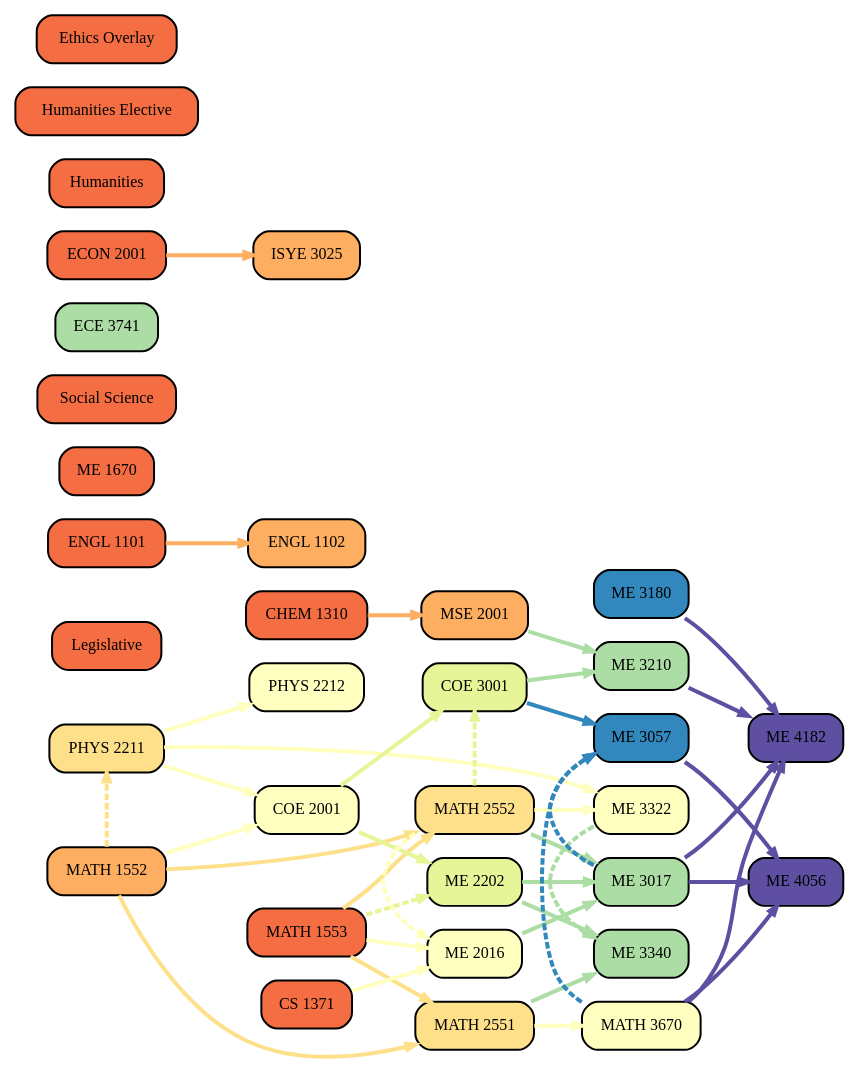
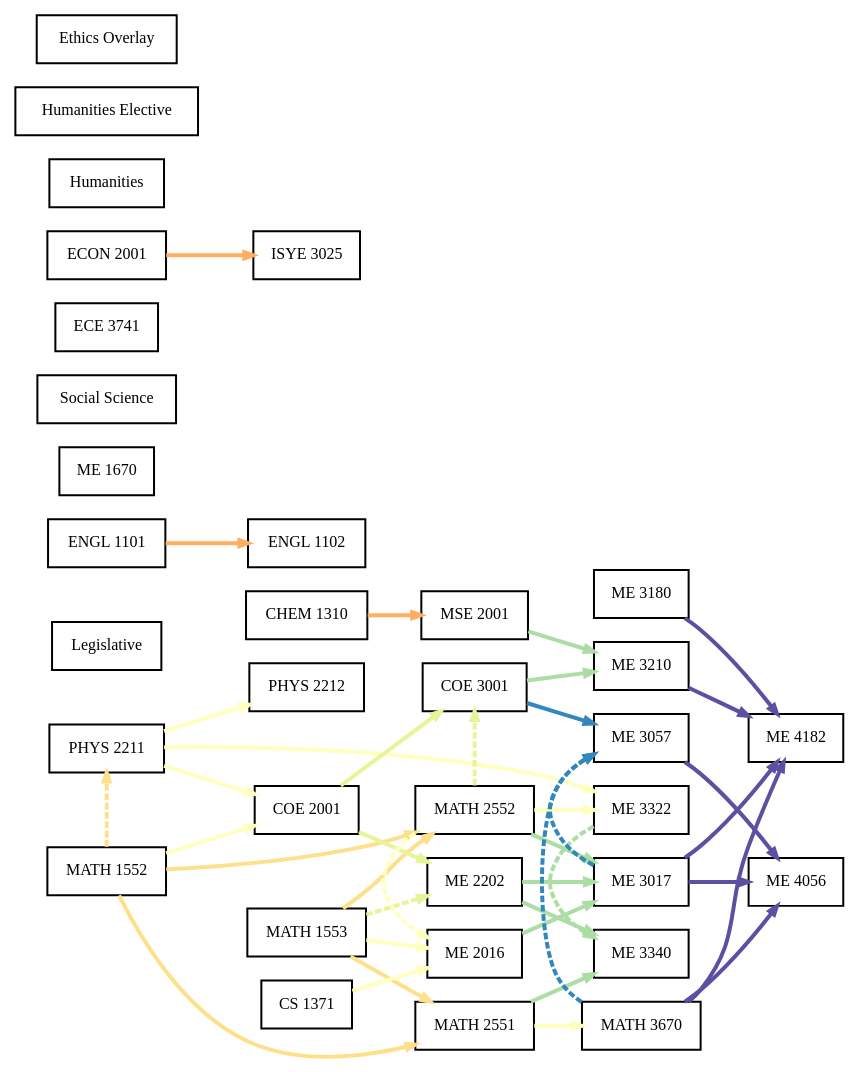
One commit to yunho-c/gt-curriculum-planner changed the diagram in gt-planner-prototype-minimal/backend/dots/g3.gv. Above: the diagram before and after it, drawn with Graphviz. The commit also changed 16 other files, not shown here.

Commit message:
GraphViz Interactivity

```diff
--- a/gt-planner-prototype-minimal/backend/dots/g3.gv
+++ b/gt-planner-prototype-minimal/backend/dots/g3.gv
@@ -1,77 +1,77 @@
 digraph Curriculum {
-	node [color=black colorscheme=spectral11 fontsize=12 penwidth=1.5 shape=box style="rounded, filled, radial"]
+	node [color=black colorscheme=spectral11 fontsize=12 penwidth=1.5 shape=box]
 	edge [arrowsize=0.65 colorscheme=spectral11 penwidth=3]
 	rankdir=LR
 	"CHEM 1310" [fillcolor=3]
 	"MATH 1553" [fillcolor=3]
 	Legislative [fillcolor=3]
 	"ENGL 1101" [fillcolor=3]
 	"PHYS 2211" [fillcolor=5]
 	"MATH 1552" -> "PHYS 2211" [color=5 constraint=false style=dashed]
 	"MATH 1552" [fillcolor=4]
 	"CS 1371" [fillcolor=3]
 	"ME 1670" [fillcolor=3]
 	"ENGL 1102" [fillcolor=4]
 	"ENGL 1101" -> "ENGL 1102" [color=4 style=solid]
 	"PHYS 2212" [fillcolor=6]
 	"PHYS 2211" -> "PHYS 2212" [color=6 style=solid]
 	"MATH 2551" [fillcolor=5]
 	"MATH 1552" -> "MATH 2551" [color=5 style=solid]
 	"MATH 1553" -> "MATH 2551" [color=5 style=solid]
 	"MSE 2001" [fillcolor=4]
 	"CHEM 1310" -> "MSE 2001" [color=4 style=solid]
 	"COE 2001" [fillcolor=6]
 	"MATH 1552" -> "COE 2001" [color=6 style=solid]
 	"PHYS 2211" -> "COE 2001" [color=6 style=solid]
 	"MATH 2552" [fillcolor=5]
 	"MATH 1552" -> "MATH 2552" [color=5 style=solid]
 	"MATH 1553" -> "MATH 2552" [color=5 style=solid]
 	"ME 2016" [fillcolor=6]
 	"MATH 1553" -> "ME 2016" [color=6 style=solid]
 	"MATH 2552" -> "ME 2016" [color=6 constraint=false style=dashed]
 	"CS 1371" -> "ME 2016" [color=6 style=solid]
 	"ME 2202" [fillcolor=7]
 	"COE 2001" -> "ME 2202" [color=7 style=solid]
 	"MATH 1553" -> "ME 2202" [color=7 constraint=false style=dashed]
 	"Social Science" [fillcolor=3]
 	"ECE 3741" [fillcolor=8]
 	"COE 3001" [fillcolor=7]
 	"COE 2001" -> "COE 3001" [color=7 style=solid]
 	"MATH 2552" -> "COE 3001" [color=7 constraint=false style=dashed]
 	"ME 3322" [fillcolor=6]
 	"PHYS 2211" -> "ME 3322" [color=6 style=solid]
 	"MATH 2552" -> "ME 3322" [color=6 style=solid]
 	"ME 3340" [fillcolor=8]
 	"ME 2202" -> "ME 3340" [color=8 style=solid]
 	"MATH 2551" -> "ME 3340" [color=8 style=solid]
 	"ME 3322" -> "ME 3340" [color=8 constraint=false style=dashed]
 	"ECON 2001" [fillcolor=3]
 	Humanities [fillcolor=3]
 	"ME 3017" [fillcolor=8]
 	"ME 2202" -> "ME 3017" [color=8 style=solid]
 	"ME 2016" -> "ME 3017" [color=8 style=solid]
 	"MATH 2552" -> "ME 3017" [color=8 style=solid]
 	"ME 3057" [fillcolor=10]
 	"COE 3001" -> "ME 3057" [color=10 style=solid]
 	"ME 3017" -> "ME 3057" [color=10 constraint=false style=dashed]
 	"MATH 3670" -> "ME 3057" [color=10 constraint=false style=dashed]
 	"ISYE 3025" [fillcolor=4]
 	"ECON 2001" -> "ISYE 3025" [color=4 style=solid]
 	"MATH 3670" [fillcolor=6]
 	"MATH 2551" -> "MATH 3670" [color=6 style=solid]
 	"ME 3180" [fillcolor=10]
 	"ME 3210" [fillcolor=8]
 	"MSE 2001" -> "ME 3210" [color=8 style=solid]
 	"COE 3001" -> "ME 3210" [color=8 style=solid]
 	"ME 4056" [fillcolor=11]
 	"ME 3057" -> "ME 4056" [color=11 style=solid]
 	"ME 3017" -> "ME 4056" [color=11 style=solid]
 	"MATH 3670" -> "ME 4056" [color=11 style=solid]
 	"ME 4182" [fillcolor=11]
 	"ME 3210" -> "ME 4182" [color=11 style=solid]
 	"ME 3180" -> "ME 4182" [color=11 style=solid]
 	"ME 3017" -> "ME 4182" [color=11 style=solid]
 	"MATH 3670" -> "ME 4182" [color=11 style=solid]
 	"Humanities Elective" [fillcolor=3]
 	"Ethics Overlay" [fillcolor=3]
 }
```
